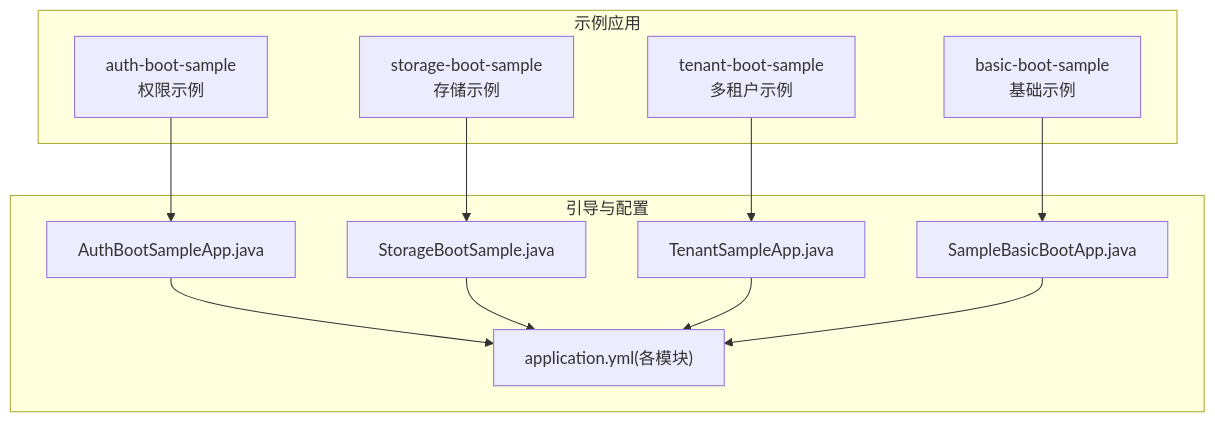
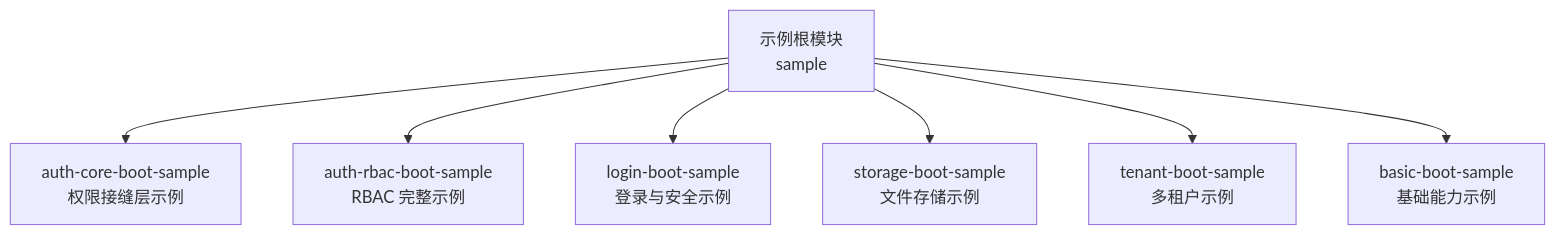
Before and after one commit to LiukewenSC/kewen-framework: the first of 4 diagrams in .qoder/repowiki/zh/content/示例应用/示例应用.md, drawn with Mermaid. The commit also changed other lines of this file and 195 other files, not shown here.

````diff
--- a/.qoder/repowiki/zh/content/示例应用/示例应用.md
+++ b/.qoder/repowiki/zh/content/示例应用/示例应用.md
@@ -45,24 +53,17 @@
 ```mermaid
 graph TB
-subgraph "示例应用"
-A["auth-boot-sample<br/>权限示例"]
-B["storage-boot-sample<br/>存储示例"]
-C["tenant-boot-sample<br/>多租户示例"]
-D["basic-boot-sample<br/>基础示例"]
-end
-subgraph "引导与配置"
-E["AuthBootSampleApp.java"]
-F["StorageBootSample.java"]
-G["TenantSampleApp.java"]
-H["SampleBasicBootApp.java"]
-I["application.yml(各模块)"]
-end
-A --> E
-B --> F
-C --> G
-D --> H
-E --> I
-F --> I
-G --> I
-H --> I
+    SampleRoot["示例根模块<br/>sample"]
+    AuthCoreSample["auth-core-boot-sample<br/>权限接缝层示例"]
+    AuthRbacSample["auth-rbac-boot-sample<br/>RBAC 完整示例"]
+    LoginSample["login-boot-sample<br/>登录与安全示例"]
+    StorageSample["storage-boot-sample<br/>文件存储示例"]
+    TenantSample["tenant-boot-sample<br/>多租户示例"]
+    BasicSample["basic-boot-sample<br/>基础能力示例"]
+
+    SampleRoot --> AuthCoreSample
+    SampleRoot --> AuthRbacSample
+    SampleRoot --> LoginSample
+    SampleRoot --> StorageSample
+    SampleRoot --> TenantSample
+    SampleRoot --> BasicSample
 ```
````
